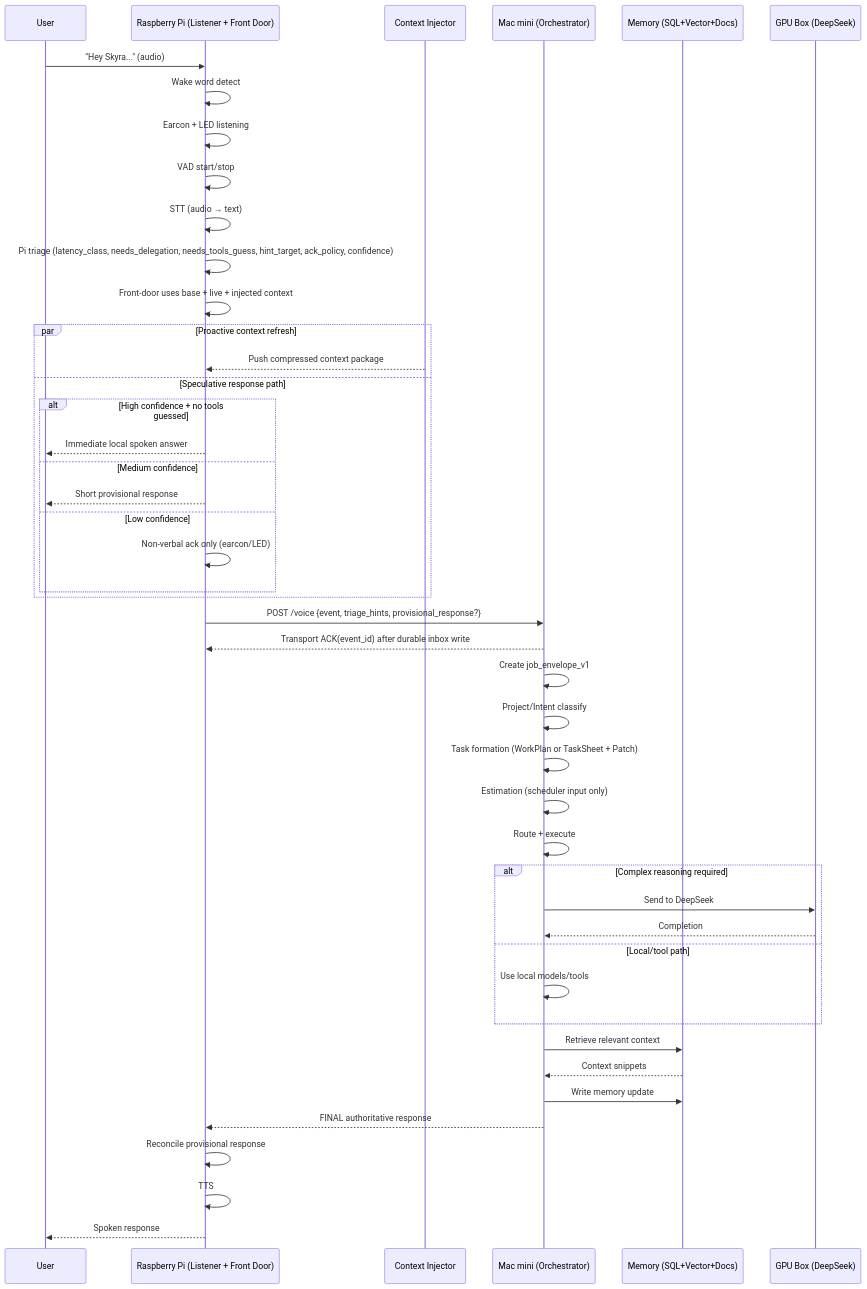
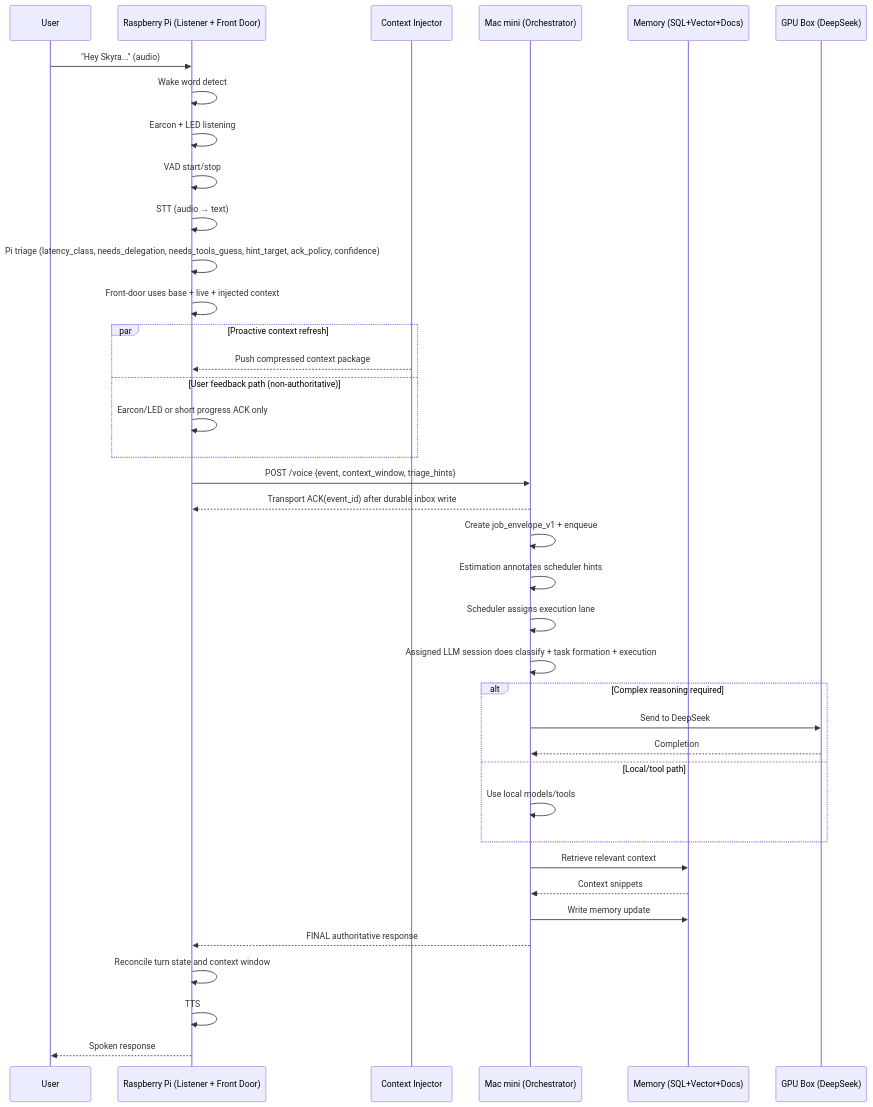
One commit to m-scanlon/tony-stark-was-able-tobuild-this-in-a-cave changed the third of 3 diagrams in docs/arch/v1/scyra.md. Above: the diagram before and after it, drawn with Mermaid. The commit also changed other lines of this file and 8 other files, not shown here.

````diff
--- a/docs/arch/v1/scyra.md
+++ b/docs/arch/v1/scyra.md
@@ -383,50 +424,43 @@
 ```mermaid
 sequenceDiagram
   participant User
   participant Pi as Raspberry Pi (Listener + Front Door)
   participant CIX as Context Injector
   participant Mac as Mac mini (Orchestrator)
   participant DB as Memory (SQL+Vector+Docs)
   participant GPU as GPU Box (DeepSeek)
 
   User->>Pi: "Hey Skyra..." (audio)
   Pi->>Pi: Wake word detect
   Pi->>Pi: Earcon + LED listening
   Pi->>Pi: VAD start/stop
   Pi->>Pi: STT (audio → text)
   Pi->>Pi: Pi triage (latency_class, needs_delegation, needs_tools_guess, hint_target, ack_policy, confidence)
   Pi->>Pi: Front-door uses base + live + injected context
   par Proactive context refresh
     CIX-->>Pi: Push compressed context package
-  and Speculative response path
-    alt High confidence + no tools guessed
-      Pi-->>User: Immediate local spoken answer
-    else Medium confidence
-      Pi-->>User: Short provisional response
-    else Low confidence
-      Pi->>Pi: Non-verbal ack only (earcon/LED)
-    end
+  and User feedback path (non-authoritative)
+    Pi->>Pi: Earcon/LED or short progress ACK only
   end
 
-  Pi->>Mac: POST /voice {event, triage_hints, provisional_response?}
+  Pi->>Mac: POST /voice {event, context_window, triage_hints}
   Mac-->>Pi: Transport ACK(event_id) after durable inbox write
 
-  Mac->>Mac: Create job_envelope_v1
-  Mac->>Mac: Project/Intent classify
-  Mac->>Mac: Task formation (WorkPlan or TaskSheet + Patch)
-  Mac->>Mac: Estimation (scheduler input only)
-  Mac->>Mac: Route + execute
+  Mac->>Mac: Create job_envelope_v1 + enqueue
+  Mac->>Mac: Estimation annotates scheduler hints
+  Mac->>Mac: Scheduler assigns execution lane
+  Mac->>Mac: Assigned LLM session does classify + task formation + execution
   alt Complex reasoning required
     Mac->>GPU: Send to DeepSeek
     GPU-->>Mac: Completion
   else Local/tool path
     Mac->>Mac: Use local models/tools
   end
     Mac->>DB: Retrieve relevant context
     DB-->>Mac: Context snippets
   Mac->>DB: Write memory update
     Mac-->>Pi: FINAL authoritative response
-    Pi->>Pi: Reconcile provisional response
+    Pi->>Pi: Reconcile turn state and context window
     Pi->>Pi: TTS
     Pi-->>User: Spoken response
 ```
````
